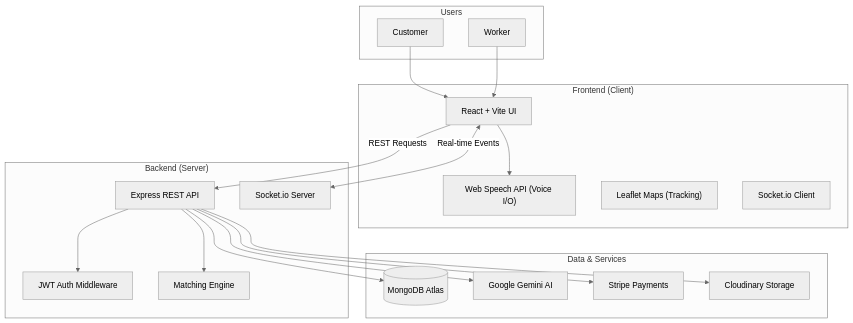
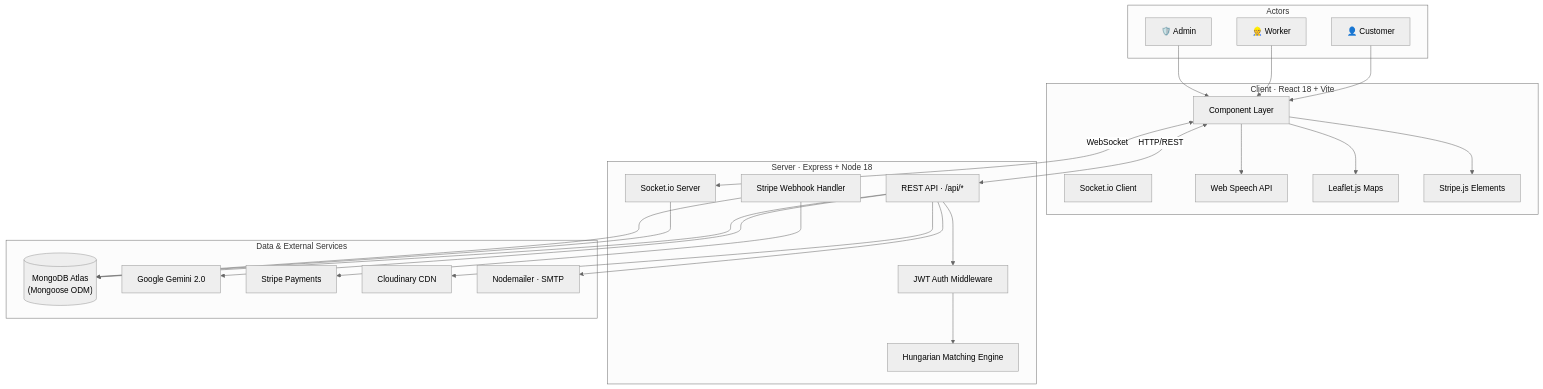
One commit to KhadirShaikL21/worklink-smart-marketplace changed the diagram in README.md. Above: the diagram before and after it, drawn with Mermaid (neutral theme). The commit also changed other lines of this file and 2 other files, not shown here.

````diff
--- a/README.md
+++ b/README.md
@@ -43,39 +57,42 @@
 ```mermaid
 graph TD
-    subgraph Users
-        C["Customer"]
-        W["Worker"]
+    subgraph Actors
+        C["👤 Customer"]
+        W["👷 Worker"]
+        A["🛡️ Admin"]
     end
 
-    subgraph "Frontend (Client)"
-        UI["React + Vite UI"]
-        Voice["Web Speech API (Voice I/O)"]
-        Map["Leaflet Maps (Tracking)"]
-        SocketC["Socket.io Client"]
+    subgraph "Client · React 18 + Vite"
+        UI["Component Layer"]
+        WSC["Socket.io Client"]
+        Speech["Web Speech API"]
+        Maps["Leaflet.js Maps"]
+        Stripe_FE["Stripe.js Elements"]
     end
 
-    subgraph "Backend (Server)"
-        API["Express REST API"]
-        Auth["JWT Auth Middleware"]
-        Match["Matching Engine"]
-        SocketS["Socket.io Server"]
+    subgraph "Server · Express + Node 18"
+        REST["REST API · /api/*"]
+        MW["JWT Auth Middleware"]
+        Match["Hungarian Matching Engine"]
+        WSS["Socket.io Server"]
+        Webhook["Stripe Webhook Handler"]
     end
 
-    subgraph "Data & Services"
-        DB[("MongoDB Atlas")]
-        AI["Google Gemini AI"]
-        Pay["Stripe Payments"]
-        Cloud["Cloudinary Storage"]
+    subgraph "Data & External Services"
+        DB[("MongoDB Atlas\n(Mongoose ODM)")]
+        Gemini["Google Gemini 2.0"]
+        StripeAPI["Stripe Payments"]
+        CDN["Cloudinary CDN"]
+        Email["Nodemailer · SMTP"]
     end
 
-    C & W --> UI
-    UI --> Voice
-    UI -->|REST Requests| API
-    UI <-->|Real-time Events| SocketS
-    API --> Auth
-    API --> Match
-    API --> DB
-    API --> AI
-    API --> Pay
-    API --> Cloud
+    C & W & A --> UI
+    UI <-->|"HTTP/REST"| REST
+    UI <-->|"WebSocket"| WSS
+    UI --> Speech & Maps & Stripe_FE
+    REST --> MW --> Match
+    REST & WSS --> DB
+    REST --> Gemini & CDN & Email
+    Webhook --> StripeAPI
+    Webhook --> DB
 ```
````
